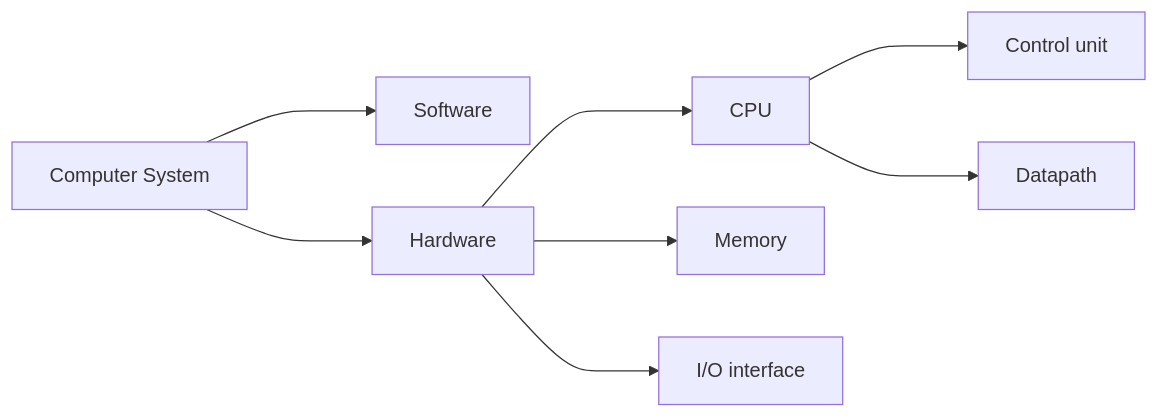
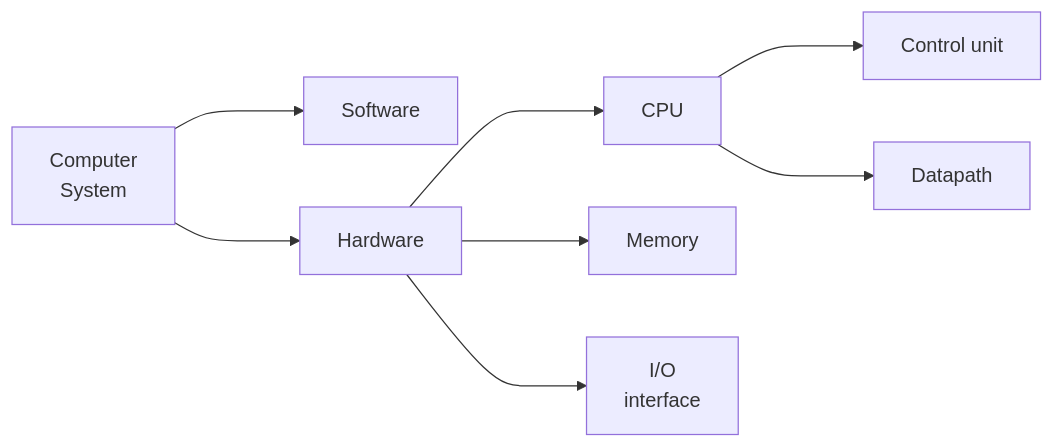
Before and after one commit to xestray/xestray.github.io: the diagram in docs/ComputerScience/COD/chap-1.md, drawn with Mermaid. The commit also changed other lines of this file and 43 other files, not shown here.

````diff
--- a/docs/ComputerScience/COD/chap-1.md
+++ b/docs/ComputerScience/COD/chap-1.md
@@ -8,19 +8,21 @@
 ```mermaid
 graph LR;
-A["Computer System"]
+A["Computer 
+    System"]
 B["Software"]
 C["Hardware"]
 D["CPU"]
 E["Memory"]
-F["I/O interface"]
+F["I/O
+    interface"]
 G["Control unit"]
 H["Datapath"]
 
 A--->B
 A--->C
 C--->D
 C--->E
 C--->F
 D--->G
 D--->H
 ```
````
